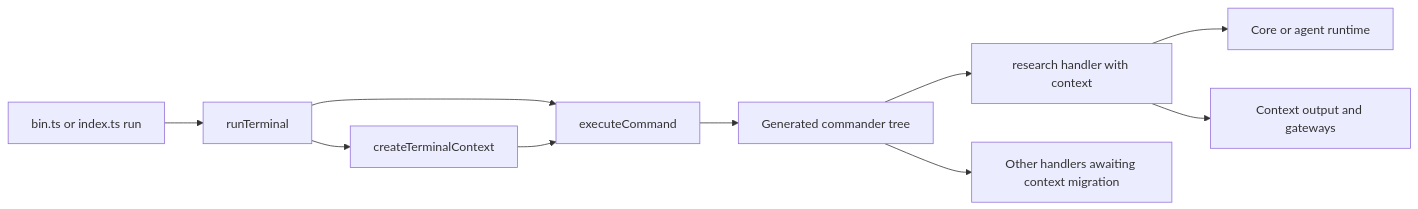
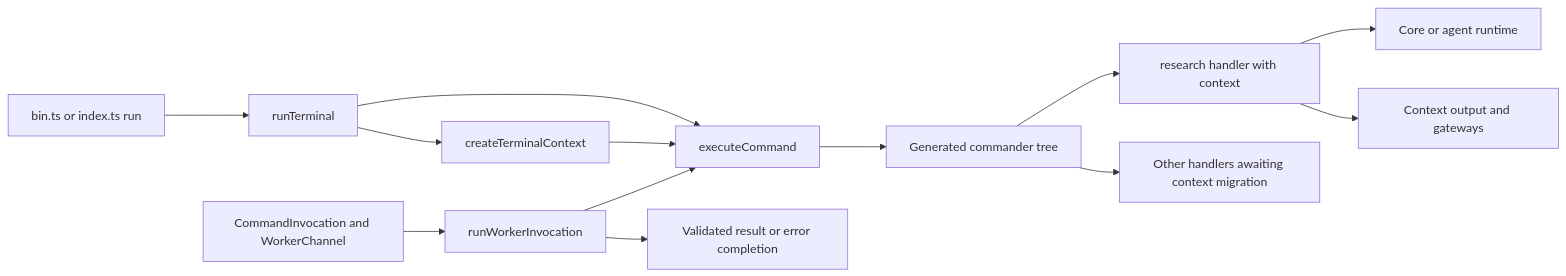
One commit to abranjith/yantra changed diagram 18 of 30 in docs/architecture.md. Above: the diagram before and after it, drawn with Mermaid. The commit also changed other lines of this file and 17 other files, not shown here.

Commit message:
FEAT-072 TASK-007: Add worker channel adapter and result schema with cancellation 130; research parity, attendance, UTF8 output cap and protocol checks pass; repo lint/typecheck c

````diff
--- a/docs/architecture.md
+++ b/docs/architecture.md
@@ -2542,12 +2542,15 @@
 ```mermaid
 flowchart LR
   Bin[bin.ts or index.ts run] --> Terminal[runTerminal]
+  Invocation[CommandInvocation and WorkerChannel] --> Worker[runWorkerInvocation]
   Terminal --> Context[createTerminalContext]
   Terminal --> Execute[executeCommand]
   Context --> Execute
+  Worker --> Execute
   Execute --> Tree[Generated commander tree]
   Tree --> Research[research handler with context]
   Tree --> Legacy[Other handlers awaiting context migration]
   Research --> Services[Core or agent runtime]
   Research --> IO[Context output and gateways]
+  Worker --> Completion[Validated result or error completion]
 ```
````
